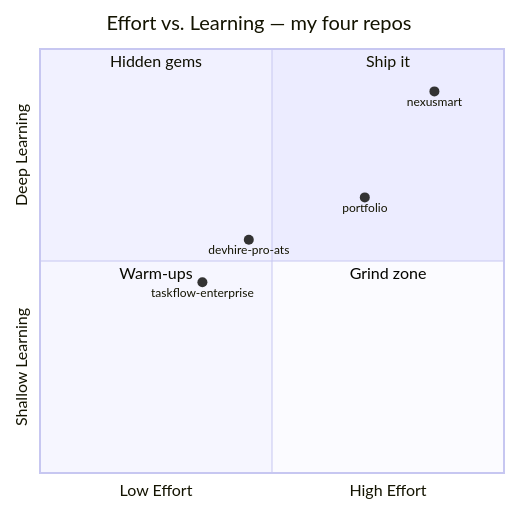
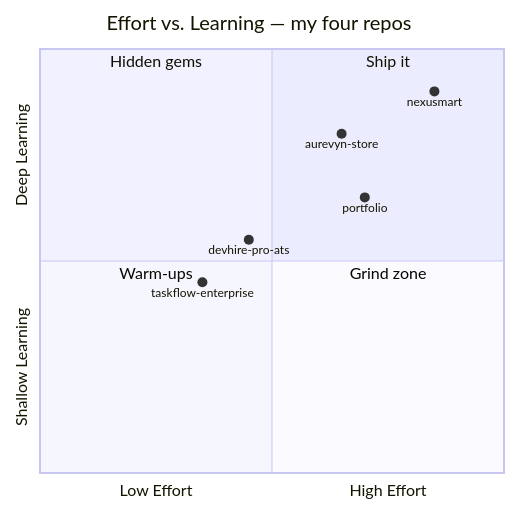
The fourth of 6 diagrams in README.md (Manashjyoti-Bora/Manashjyoti-Bora), drawn with Mermaid before and after one commit. The commit also changed other lines of this file and 13 other files, not shown here.

````diff
--- a/README.md
+++ b/README.md
@@ -210,14 +243,15 @@
 ```mermaid
 quadrantChart
     title Effort vs. Learning — my four repos
     x-axis Low Effort --> High Effort
     y-axis Shallow Learning --> Deep Learning
     quadrant-1 Ship it
     quadrant-2 Hidden gems
     quadrant-3 Warm-ups
     quadrant-4 Grind zone
     nexusmart: [0.85, 0.9]
     portfolio: [0.7, 0.65]
+    aurevyn-store: [0.65, 0.8]
     devhire-pro-ats: [0.45, 0.55]
     taskflow-enterprise: [0.35, 0.45]
 ```
````
